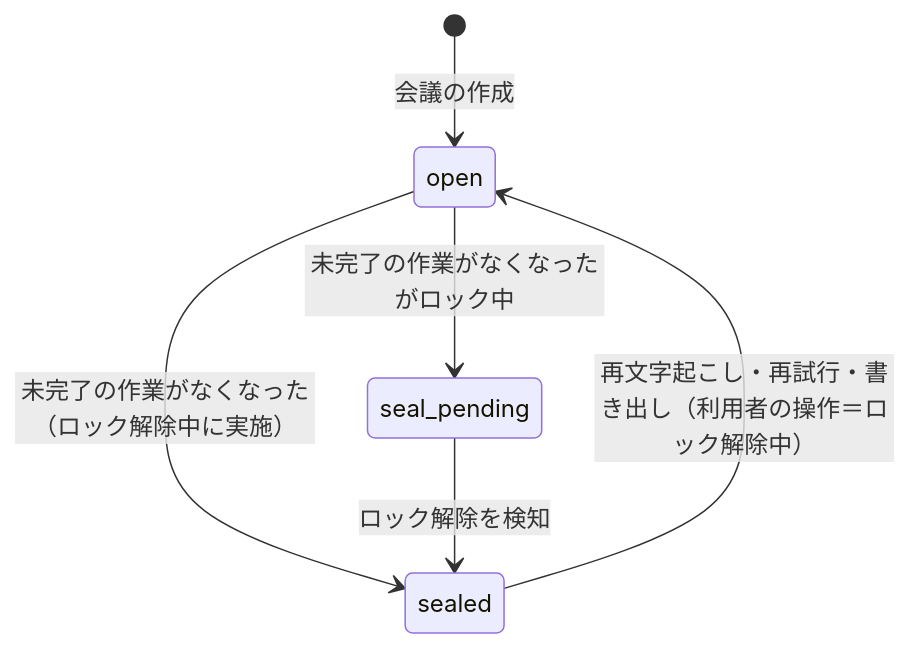
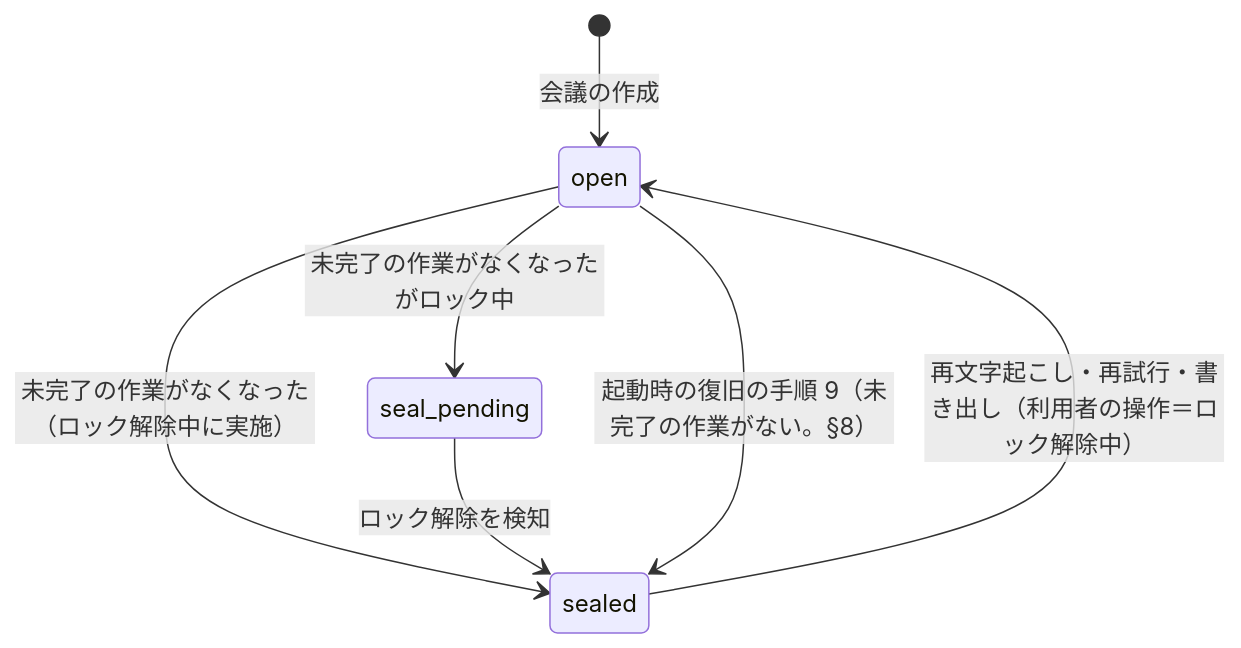
One commit to myoshi2891/Minutes-Mobile changed the third of 3 diagrams in docs/02-basic-design/storage.md. Above: the diagram before and after it, drawn with Mermaid. The commit also changed other lines of this file and 5 other files, not shown here.

````diff
--- a/docs/02-basic-design/storage.md
+++ b/docs/02-basic-design/storage.md
@@ -245,8 +247,9 @@
 ```mermaid
 stateDiagram-v2
     [*] --> open: 会議の作成
     open --> sealed: 未完了の作業がなくなった（ロック解除中に実施）
     open --> seal_pending: 未完了の作業がなくなったがロック中
     seal_pending --> sealed: ロック解除を検知
     sealed --> open: 再文字起こし・再試行・書き出し（利用者の操作＝ロック解除中）
+    open --> sealed: 起動時の復旧の手順 9（未完了の作業がない。§8）
 ```
````
